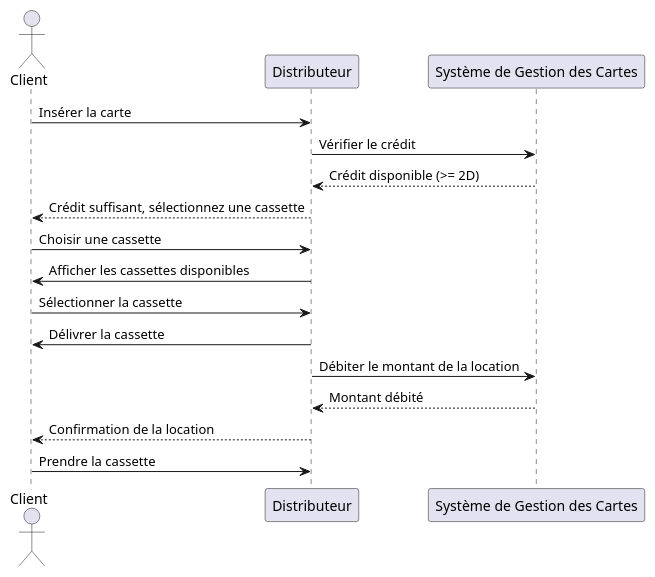
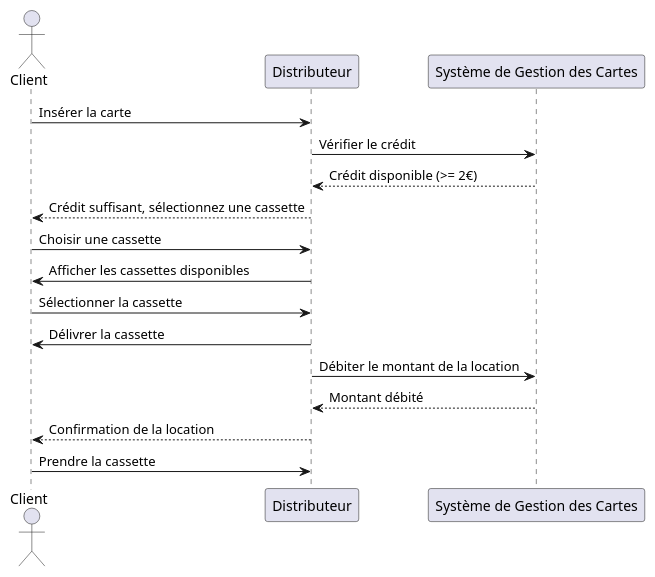
Before and after one commit to uboYanis/upec: the second of 2 diagrams in Le langage UML – La vue fonctionnelle/Distributeur automatique de cassettes vidéo.md, drawn with PlantUML.

Commit message:
Update Distributeur automatique de cassettes vidéo.md

````diff
--- a/Le langage UML – La vue fonctionnelle/Distributeur automatique de cassettes vidéo.md
+++ b/Le langage UML – La vue fonctionnelle/Distributeur automatique de cassettes vidéo.md
@@ -109,24 +109,24 @@
 ```puml
 @startuml
 actor Client
 participant "Distributeur" as Distributeur
 participant "Système de Gestion des Cartes" as System
 
 Client -> Distributeur: Insérer la carte
 Distributeur -> System: Vérifier le crédit
-System --> Distributeur: Crédit disponible (>= 2D)
+System --> Distributeur: Crédit disponible (>= 2€)
 Distributeur --> Client: Crédit suffisant, sélectionnez une cassette
 
 Client -> Distributeur: Choisir une cassette
 Distributeur -> Client: Afficher les cassettes disponibles
 
 Client -> Distributeur: Sélectionner la cassette
 Distributeur -> Client: Délivrer la cassette
 
 Distributeur -> System: Débiter le montant de la location
 System --> Distributeur: Montant débité
 Distributeur --> Client: Confirmation de la location
 
 Client -> Distributeur: Prendre la cassette
 @enduml
 ```
````
